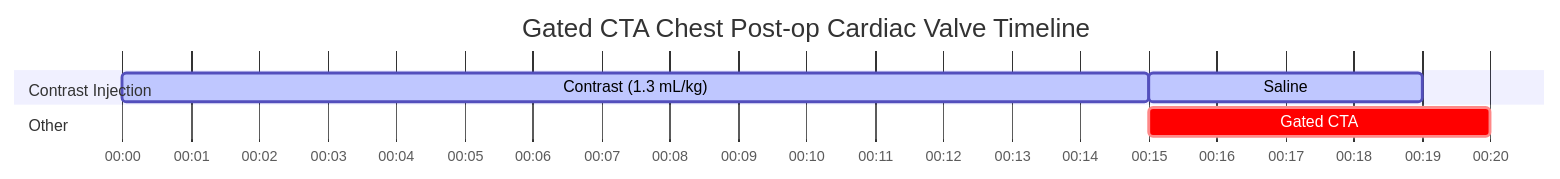
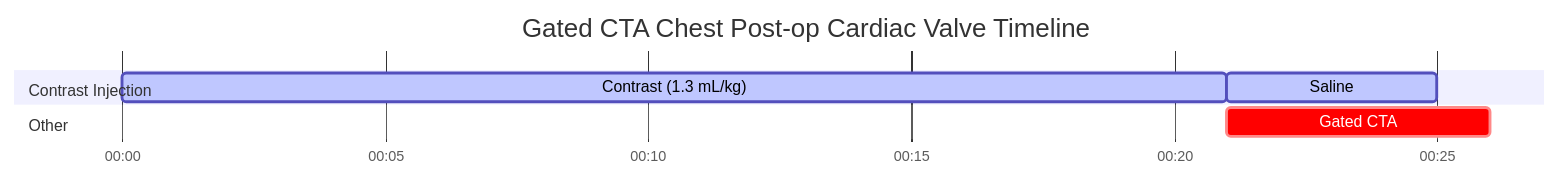
One commit to dfergs93/radiology-protocols changed the diagram in docs/ct/cardiac/gated-cta-chest-post-op-cardiac-valve.md. Above: the diagram before and after it, drawn with Mermaid. The commit also changed other lines of this file and 85 other files, not shown here.

Commit message:
Regenerate protocol markdown files with acquisition-diagram placeholder

````diff
--- a/docs/ct/cardiac/gated-cta-chest-post-op-cardiac-valve.md
+++ b/docs/ct/cardiac/gated-cta-chest-post-op-cardiac-valve.md
@@ -88,18 +85,18 @@
   ```mermaid
   ---
   displayMode: compact
   config:
     theme: default
     themeCSS: " #Saline{ fill: #4ed5ff; stroke: #2094f3; } "
   ---
     gantt
       title Gated CTA Chest Post-op Cardiac Valve Timeline
       dateFormat mm:ss
       axisFormat %M:%S 
       
       section Contrast Injection
-      Contrast (1.3 mL/kg)    :active, contrast, 00:00, 15s
+      Contrast (1.3 mL/kg)    :active, contrast, 00:00, 21s
       Saline          :active, saline, after contrast, 4s
       section Other
       Gated CTA    :crit, scan1, after contrast, 5s
   ```
````
